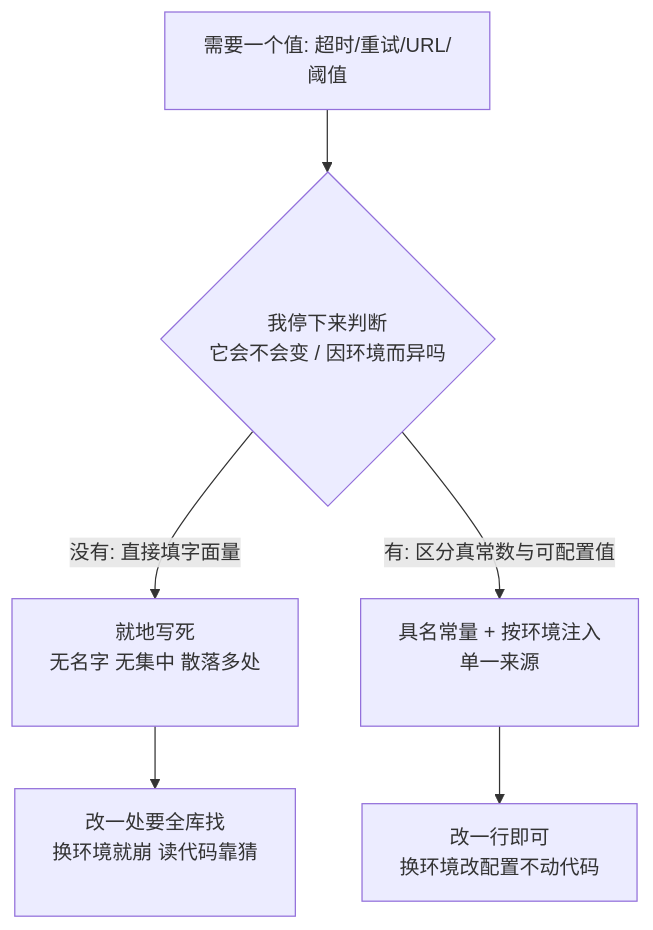
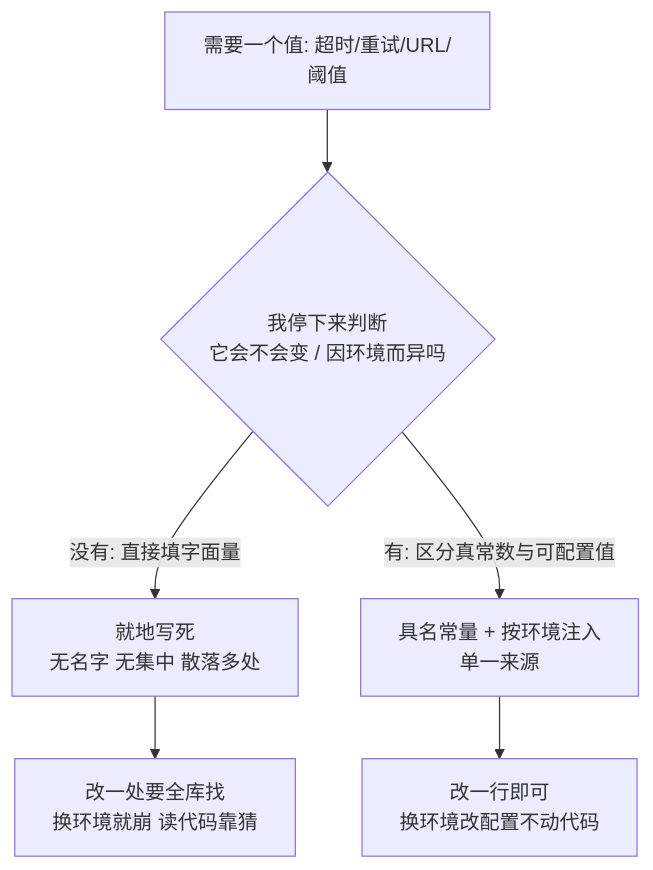
Before and after one commit to XuebinMa/AIWiki: the diagram in docs/04-detailed-design/magic-numbers-hardcoding.mdx, drawn with Mermaid. The commit also changed 99 other files, not shown here.

First line of the commit message:
fix(mermaid): 全局根治节点文字裁切（htmlLabels:false + 清理 br/nbsp 占位）(#26)

````diff
--- a/docs/04-detailed-design/magic-numbers-hardcoding.mdx
+++ b/docs/04-detailed-design/magic-numbers-hardcoding.mdx
@@ -44,8 +44,8 @@
 ```mermaid
 flowchart TD
     A[需要一个值: 超时/重试/URL/阈值] --> B{我停下来判断<br/>它会不会变 / 因环境而异吗}
-    B -- 没有: 直接填字面量 --> C[就地写死<br/>无名字 无集中 散落多处<br/>&nbsp;]
-    B -- 有: 区分真常数与可配置值 --> D[具名常量 + 按环境注入<br/>单一来源<br/>&nbsp;]
-    C --> E[改一处要全库找<br/>换环境就崩 读代码靠猜<br/>&nbsp;]
+    B -- 没有: 直接填字面量 --> C[就地写死<br/>无名字 无集中 散落多处]
+    B -- 有: 区分真常数与可配置值 --> D[具名常量 + 按环境注入<br/>单一来源]
+    C --> E[改一处要全库找<br/>换环境就崩 读代码靠猜]
     D --> F[改一行即可<br/>换环境改配置不动代码]
 ```
````
